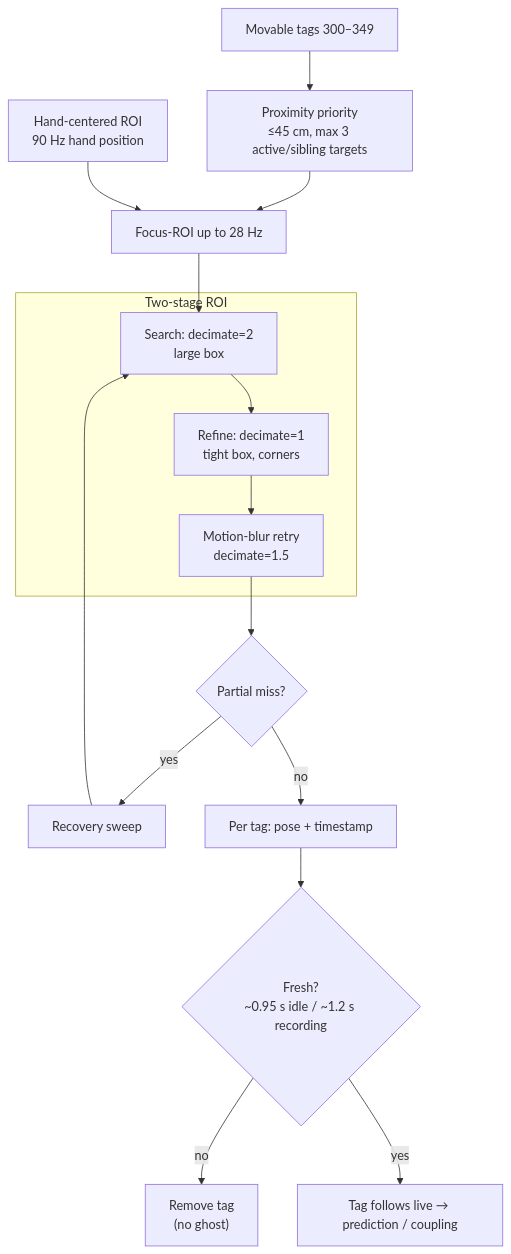
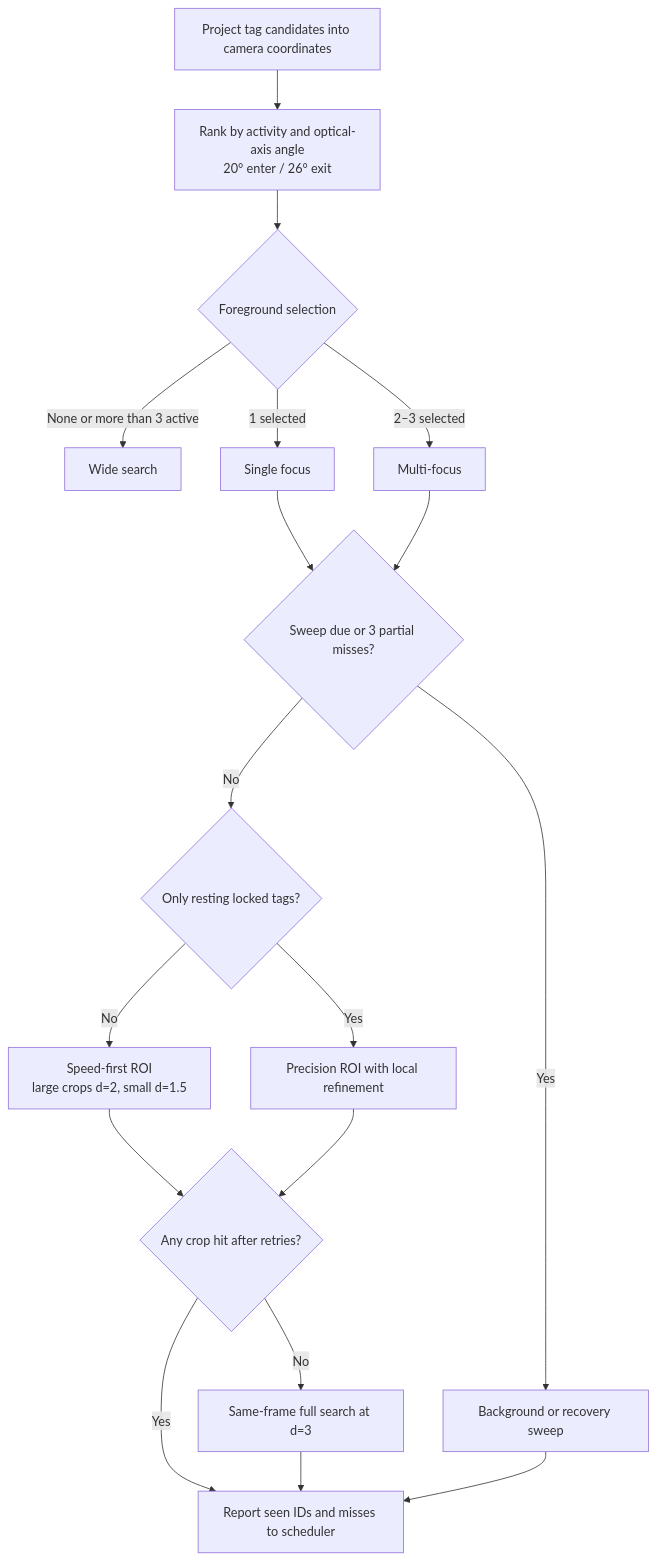
One commit to PiMaV/Quest3-WebXR-AprilTag changed the diagram in docs/diagrams/04-multi-tracking.mmd. Above: the diagram before and after it, drawn with Mermaid. The commit also changed 54 other files, not shown here.

Commit message:
feat: calibrate Quest 3 in-view perimeter pruning, minimalist tag action pills, and Quarto paper/diagram updates

```diff
--- a/docs/diagrams/04-multi-tracking.mmd
+++ b/docs/diagrams/04-multi-tracking.mmd
@@ -1,15 +1,18 @@
 flowchart TD
-  IDS["Movable tags 300–349"] --> PRIO["Proximity priority<br/>≤45 cm, max 3 active/sibling targets"]
-  PRIO --> ROI["Focus-ROI up to 28 Hz"]
-  subgraph TWO ["Two-stage ROI"]
-    R1["Search: decimate=2<br/>large box"] --> R2["Refine: decimate=1<br/>tight box, corners"]
-    R2 --> R3["Motion-blur retry<br/>decimate=1.5"]
-  end
-  ROI --> R1
-  R3 --> MISS{"Partial miss?"}
-  MISS -- yes --> SWEEP["Recovery sweep"] --> R1
-  MISS -- no --> FRESH["Per tag: pose + timestamp"]
-  HROI["Hand-centered ROI<br/>90 Hz hand position"] --> ROI
-  FRESH --> TTL{"Fresh?<br/>~0.95 s idle / ~1.2 s recording"}
-  TTL -- no --> GONE["Remove tag<br/>(no ghost)"]
-  TTL -- yes --> SHOW["Tag follows live → prediction / coupling"]
+  C["Project tag candidates into camera coordinates"] --> R["Rank by activity and optical-axis angle<br/>20° enter / 26° exit"]
+  R --> M{"Foreground selection"}
+  M -->|"None or more than 3 active"| W["Wide search"]
+  M -->|"1 selected"| F["Single focus"]
+  M -->|"2–3 selected"| G["Multi-focus"]
+  F --> S{"Sweep due or 3 partial misses?"}
+  G --> S
+  S -->|"Yes"| B["Background or recovery sweep"]
+  S -->|"No"| A{"Only resting locked tags?"}
+  A -->|"Yes"| P["Precision ROI with local refinement"]
+  A -->|"No"| Q["Speed-first ROI<br/>large crops d=2, small d=1.5"]
+  Q --> H{"Any crop hit after retries?"}
+  P --> H
+  H -->|"No"| Z["Same-frame full search at d=3"]
+  H -->|"Yes"| U["Report seen IDs and misses to scheduler"]
+  Z --> U
+  B --> U
```
